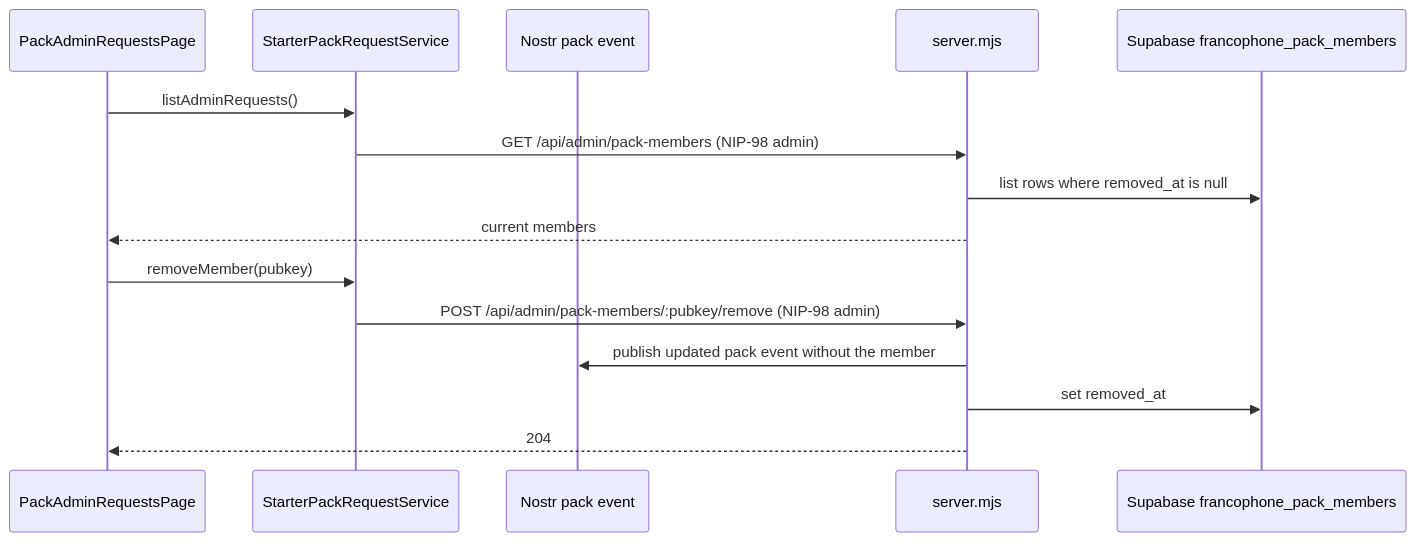
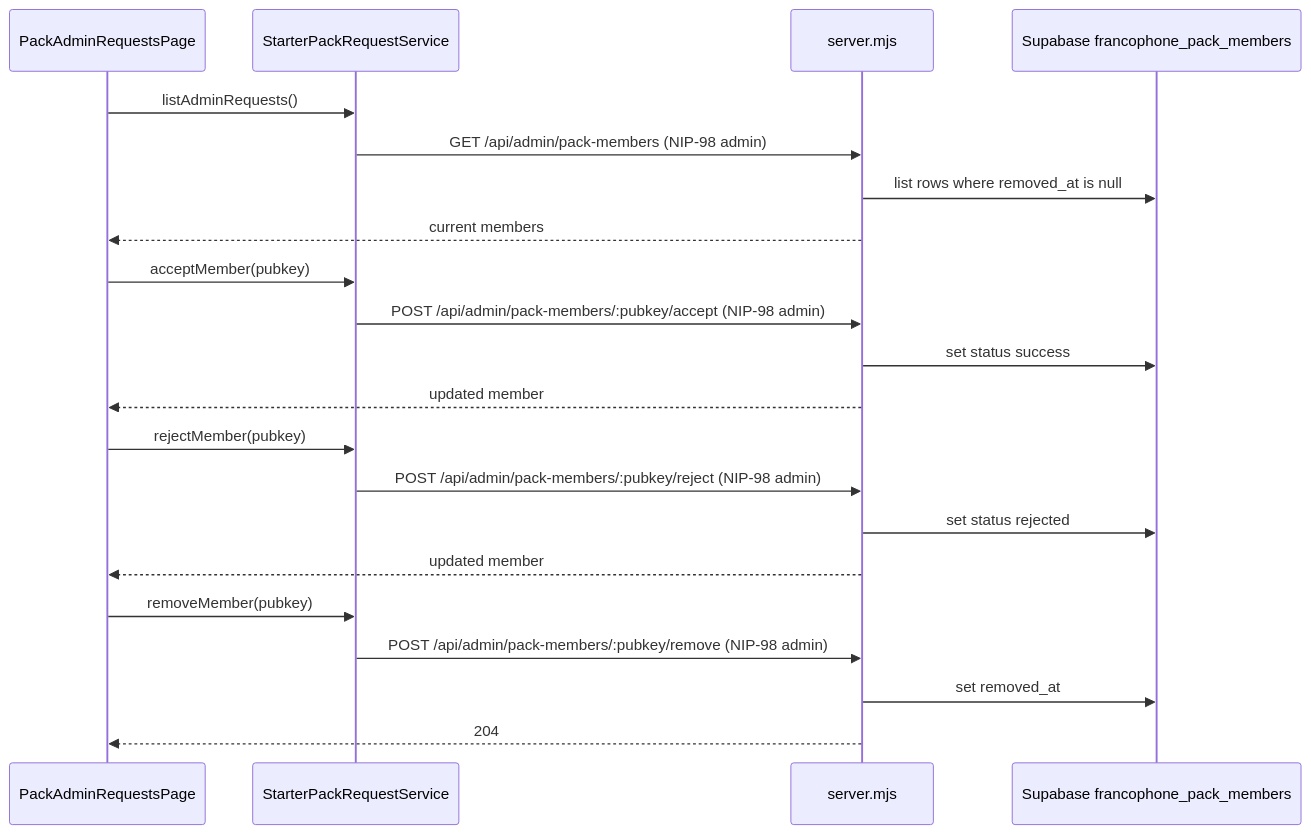
Before and after one commit to maxiim3/nostr-tools-ng-app: the second of 2 diagrams in src/features/packs/README.md, drawn with Mermaid. The commit also changed other lines of this file and 22 other files, not shown here.

````diff
--- a/src/features/packs/README.md
+++ b/src/features/packs/README.md
@@ -36,19 +33,27 @@
 ```mermaid
 sequenceDiagram
   participant Admin as PackAdminRequestsPage
   participant Service as StarterPackRequestService
-  participant Pack as Nostr pack event
   participant API as server.mjs
   participant DB as Supabase francophone_pack_members
 
   Admin->>Service: listAdminRequests()
   Service->>API: GET /api/admin/pack-members (NIP-98 admin)
   API->>DB: list rows where removed_at is null
   API-->>Admin: current members
 
+  Admin->>Service: acceptMember(pubkey)
+  Service->>API: POST /api/admin/pack-members/:pubkey/accept (NIP-98 admin)
+  API->>DB: set status success
+  API-->>Admin: updated member
+
+  Admin->>Service: rejectMember(pubkey)
+  Service->>API: POST /api/admin/pack-members/:pubkey/reject (NIP-98 admin)
+  API->>DB: set status rejected
+  API-->>Admin: updated member
+
   Admin->>Service: removeMember(pubkey)
   Service->>API: POST /api/admin/pack-members/:pubkey/remove (NIP-98 admin)
-  API->>Pack: publish updated pack event without the member
   API->>DB: set removed_at
   API-->>Admin: 204
 ```
````
